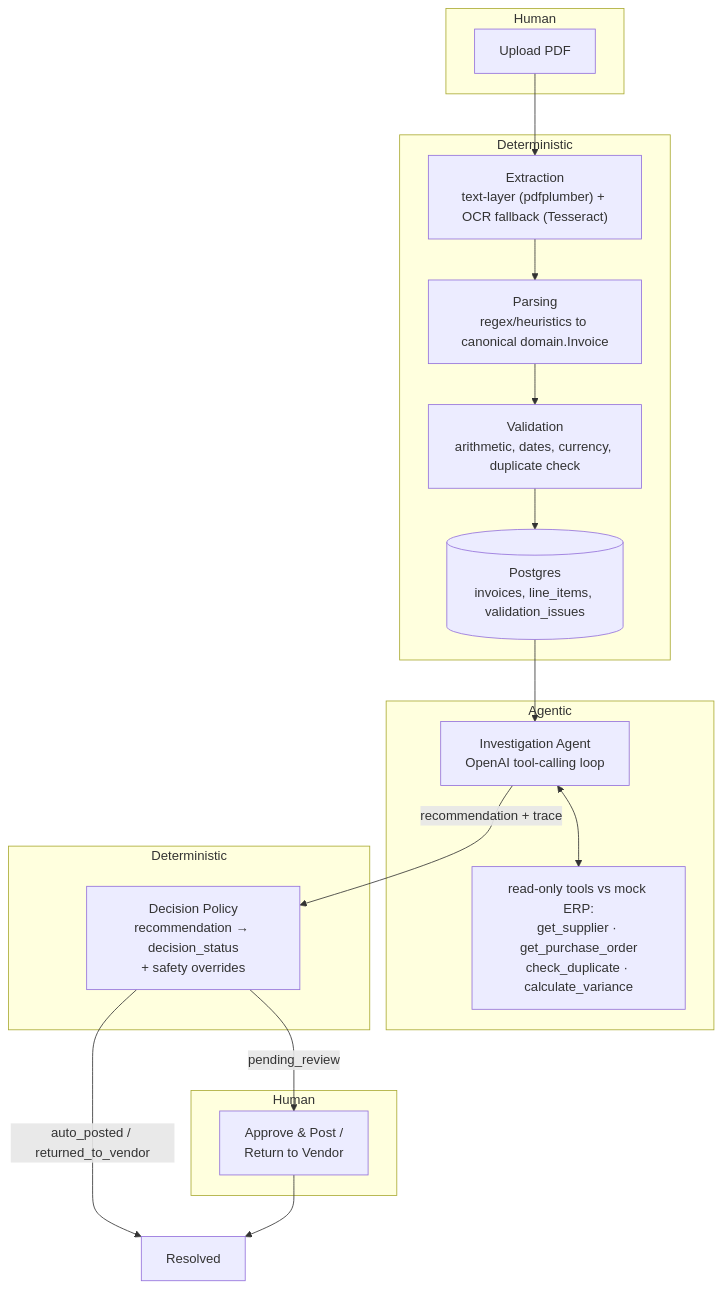
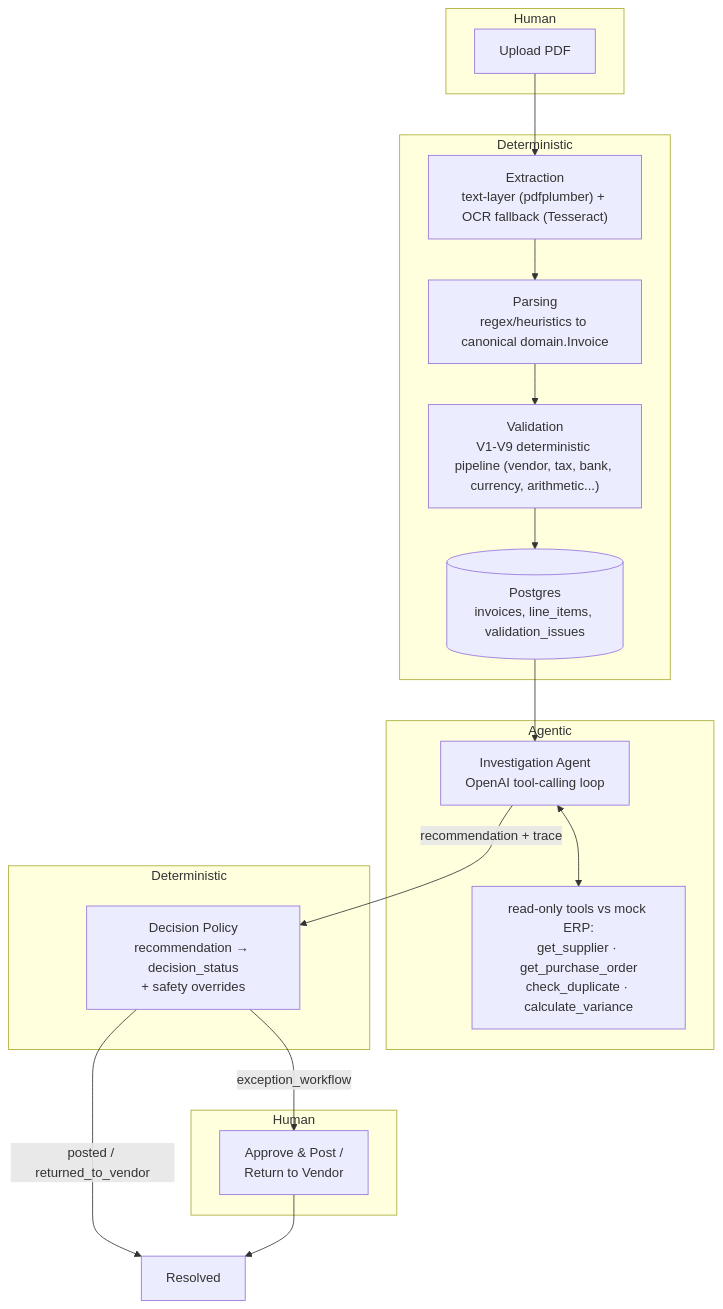
The diagram in README.md (Siddharthjo/intelligent-invoice-processing), drawn with Mermaid before and after one commit. The commit also changed other lines of this file and 47 other files, not shown here.

````diff
--- a/README.md
+++ b/README.md
@@ -9,32 +9,32 @@
 ```mermaid
 flowchart TD
     subgraph H1[" Human "]
         A[Upload PDF]
     end
 
     subgraph D1[" Deterministic "]
         B["Extraction<br/>text-layer (pdfplumber) + OCR fallback (Tesseract)"]
         C["Parsing<br/>regex/heuristics to canonical domain.Invoice"]
-        D["Validation<br/>arithmetic, dates, currency, duplicate check"]
+        D["Validation<br/>V1-V9 deterministic pipeline (vendor, tax, bank, currency, arithmetic...)"]
         E[("Postgres<br/>invoices, line_items, validation_issues")]
     end
 
     subgraph AG[" Agentic "]
         F["Investigation Agent<br/>OpenAI tool-calling loop"]
         G["read-only tools vs mock ERP:<br/>get_supplier · get_purchase_order<br/>check_duplicate · calculate_variance"]
     end
 
     subgraph D2[" Deterministic "]
         P["Decision Policy<br/>recommendation → decision_status<br/>+ safety overrides"]
     end
 
     subgraph H2[" Human "]
         HA["Approve & Post /<br/>Return to Vendor"]
     end
 
     A --> B --> C --> D --> E --> F
     F <--> G
     F -->|recommendation + trace| P
-    P -->|auto_posted / returned_to_vendor| Z[Resolved]
-    P -->|pending_review| HA --> Z
+    P -->|posted / returned_to_vendor| Z[Resolved]
+    P -->|exception_workflow| HA --> Z
 ```
````
